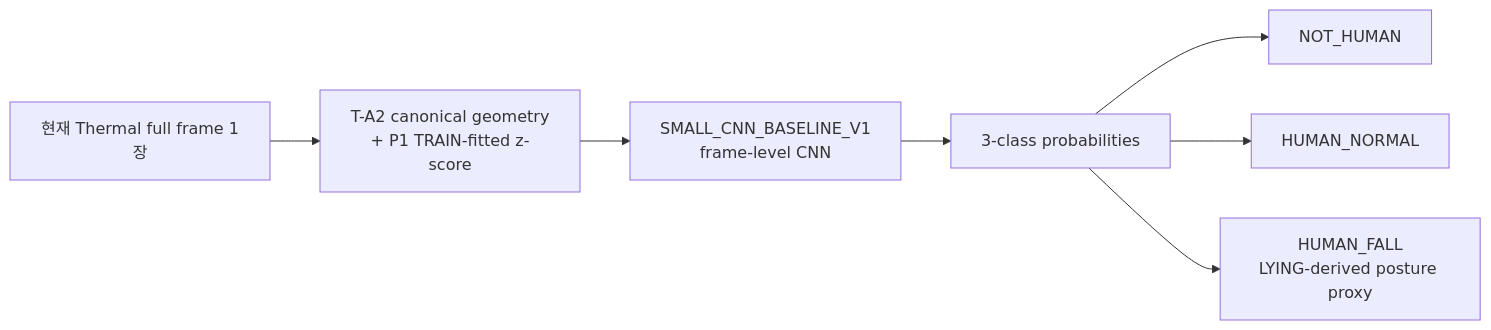
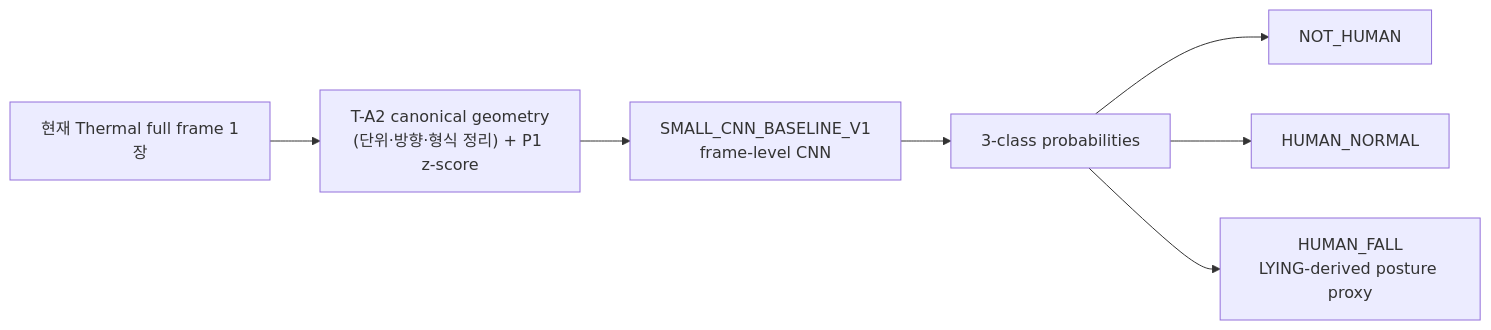
The first of 7 diagrams in docs/20260815_Codex_Thermal_Runtime_Temporal_Handoff_KO_01.md (sheepmeat/test), drawn with Mermaid before and after one commit. The commit also changed other lines of this file, not shown here.

Commit message:
docs: expand Thermal runtime handoff explanations

````diff
--- a/docs/20260815_Codex_Thermal_Runtime_Temporal_Handoff_KO_01.md
+++ b/docs/20260815_Codex_Thermal_Runtime_Temporal_Handoff_KO_01.md
@@ -92,9 +233,9 @@
 ```mermaid
 flowchart LR
-    F["현재 Thermal full frame 1장"] --> P["T-A2 canonical geometry<br/>+ P1 TRAIN-fitted z-score"]
+    F["현재 Thermal full frame 1장"] --> P["T-A2 canonical geometry<br/>(단위·방향·형식 정리) + P1 z-score"]
     P --> C["SMALL_CNN_BASELINE_V1<br/>frame-level CNN"]
     C --> O["3-class probabilities"]
     O --> N["NOT_HUMAN"]
     O --> HN["HUMAN_NORMAL"]
     O --> HF["HUMAN_FALL<br/>LYING-derived posture proxy"]
 ```
````
